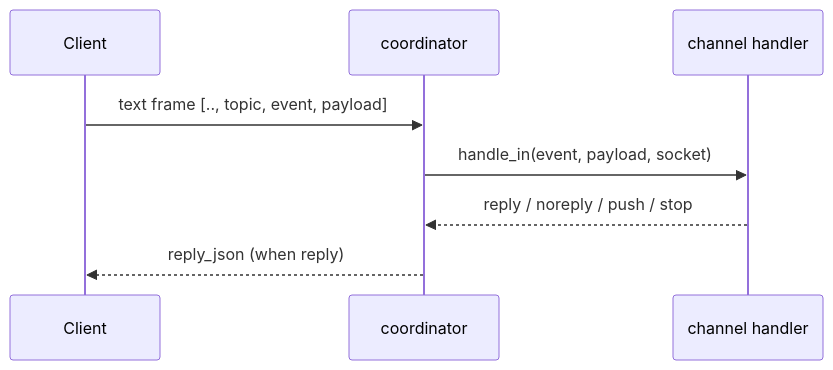
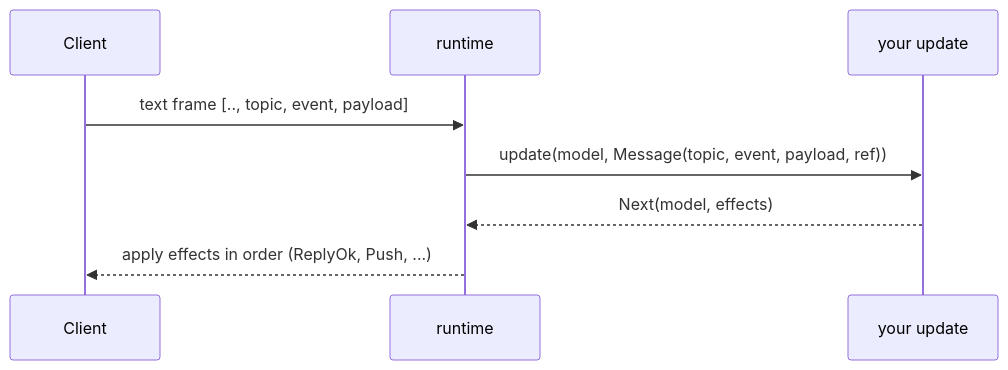
Before and after one commit to tylerbutler/beryl: the third of 6 diagrams in website/src/content/docs/architecture/message-lifecycle.md, drawn with Mermaid. The commit also changed other lines of this file and 21 other files, not shown here.

````diff
--- a/website/src/content/docs/architecture/message-lifecycle.md
+++ b/website/src/content/docs/architecture/message-lifecycle.md
@@ -47,10 +51,10 @@
 ```mermaid
 sequenceDiagram
   participant Client
-  participant Coord as coordinator
-  participant Ch as channel handler
-  Client->>Coord: text frame [.., topic, event, payload]
-  Coord->>Ch: handle_in(event, payload, socket)
-  Ch-->>Coord: reply / noreply / push / stop
-  Coord-->>Client: reply_json (when reply)
+  participant RT as runtime
+  participant App as your update
+  Client->>RT: text frame [.., topic, event, payload]
+  RT->>App: update(model, Message(topic, event, payload, ref))
+  App-->>RT: Next(model, effects)
+  RT-->>Client: apply effects in order (ReplyOk, Push, ...)
 ```
````
